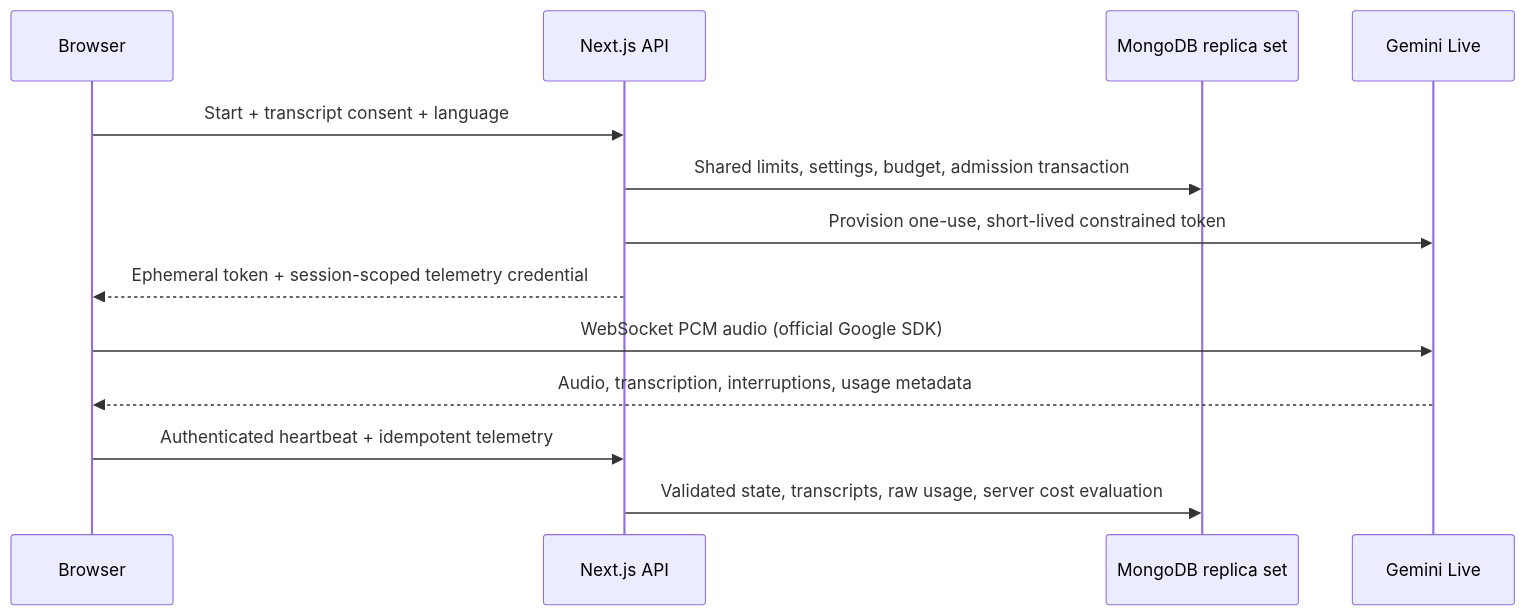
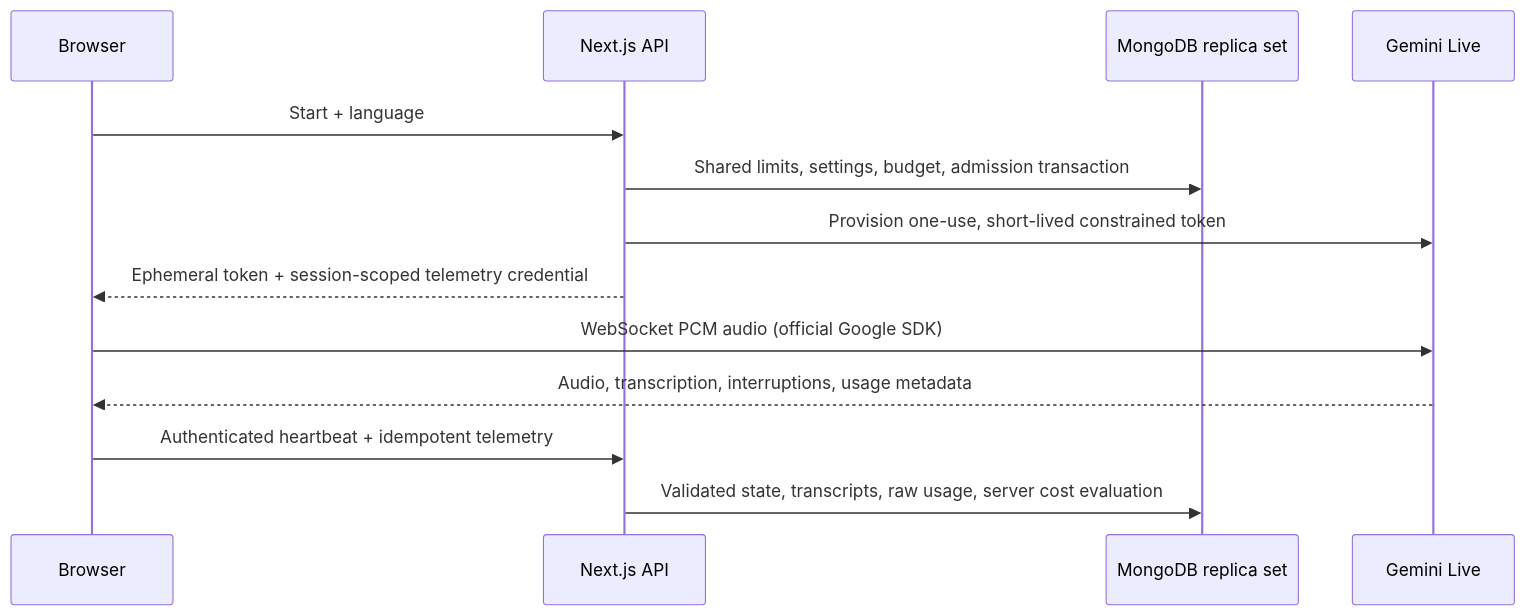
Before and after one commit to kausik11/voice_agent: the diagram in README.md, drawn with Mermaid. The commit also changed other lines of this file and 6 other files, not shown here.

````diff
--- a/README.md
+++ b/README.md
@@ -78,15 +78,15 @@
 ```mermaid
 sequenceDiagram
     participant Browser
     participant Next as Next.js API
     participant DB as MongoDB replica set
     participant Gemini as Gemini Live
-    Browser->>Next: Start + transcript consent + language
+    Browser->>Next: Start + language
     Next->>DB: Shared limits, settings, budget, admission transaction
     Next->>Gemini: Provision one-use, short-lived constrained token
     Next-->>Browser: Ephemeral token + session-scoped telemetry credential
     Browser->>Gemini: WebSocket PCM audio (official Google SDK)
     Gemini-->>Browser: Audio, transcription, interruptions, usage metadata
     Browser->>Next: Authenticated heartbeat + idempotent telemetry
     Next->>DB: Validated state, transcripts, raw usage, server cost evaluation
 ```
````
